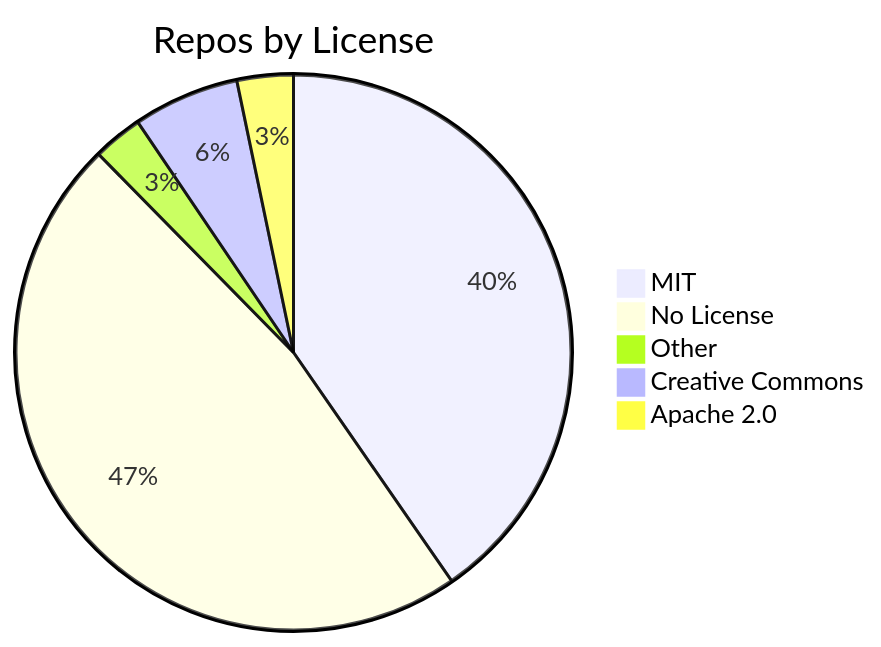
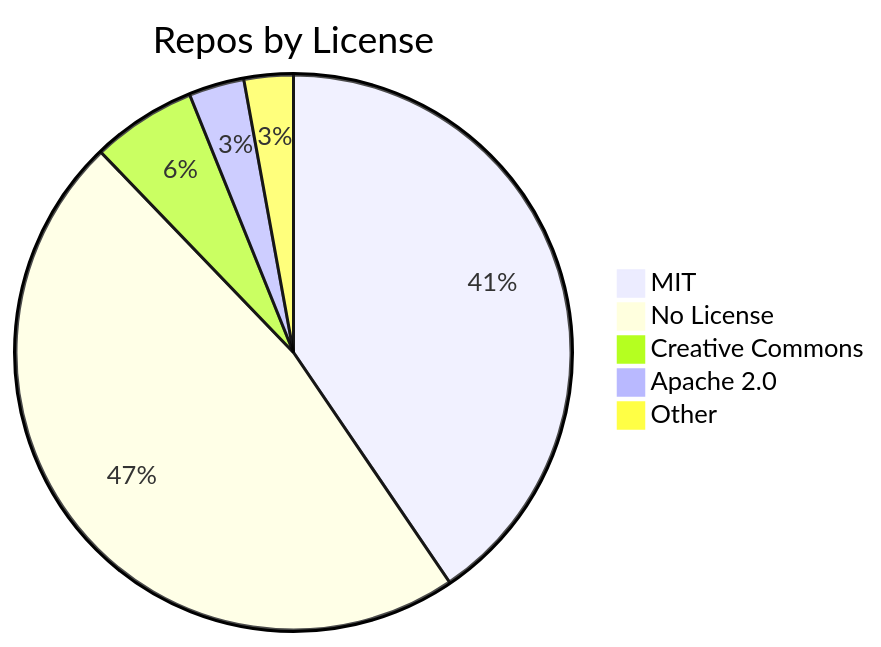
The diagram in README.md (jpatterson933/awesome-mcp-server-repo-index), drawn with Mermaid before and after one commit. The commit also changed other lines of this file and 3 other files, not shown here.

````diff
--- a/README.md
+++ b/README.md
@@ -29,8 +29,8 @@
 ```mermaid
 pie title Repos by License
-    "MIT" : 111
-    "No License" : 130
-    "Other" : 8
+    "MIT" : 113
+    "No License" : 132
     "Creative Commons" : 17
     "Apache 2.0" : 9
+    "Other" : 8
 ```
````
